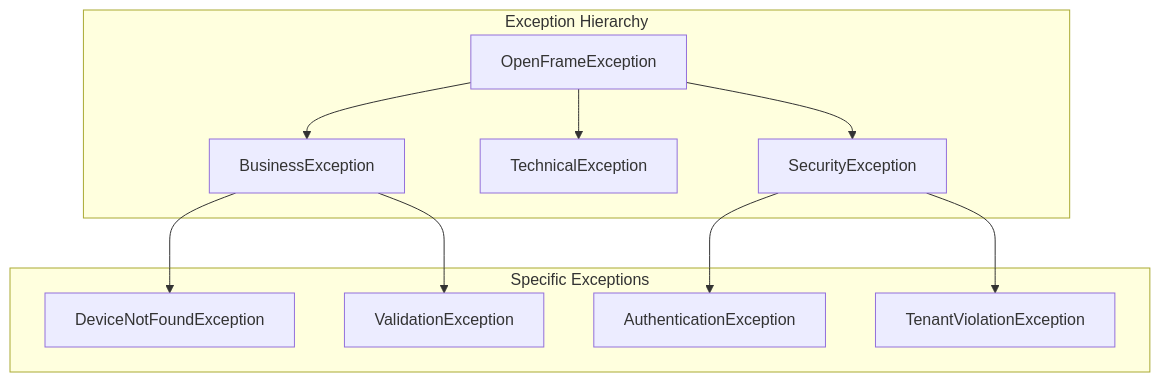
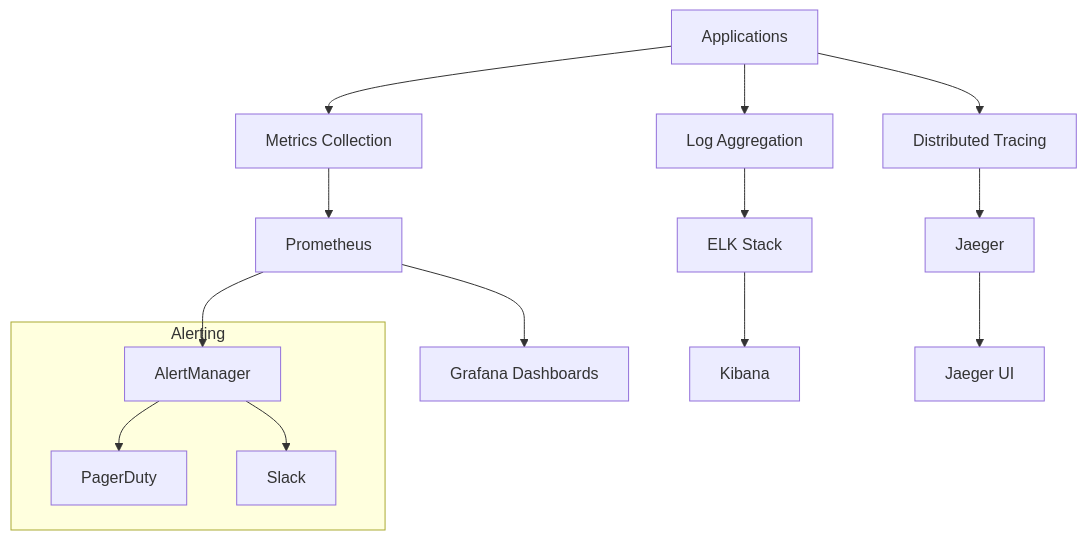
Before and after one commit to flamingo-stack/openframe-oss-lib: diagram 18 of 18 in docs/development/architecture/overview.md, drawn with Mermaid. The commit also changed other lines of this file and 12 other files, not shown here.

````diff
--- a/docs/development/architecture/overview.md
+++ b/docs/development/architecture/overview.md
@@ -743,25 +718,24 @@
 ```mermaid
-graph TB
-    subgraph "Exception Hierarchy"
-        BASE[OpenFrameException]
-        BUSINESS[BusinessException]
-        TECHNICAL[TechnicalException]
-        SECURITY[SecurityException]
+graph TD
+    APP[Applications] --> METRICS[Metrics Collection]
+    APP --> LOGS[Log Aggregation]
+    APP --> TRACES[Distributed Tracing]
+    
+    METRICS --> PROMETHEUS[Prometheus]
+    LOGS --> ELK[ELK Stack]
+    TRACES --> JAEGER[Jaeger]
+    
+    PROMETHEUS --> GRAFANA[Grafana Dashboards]
+    ELK --> KIBANA[Kibana]
+    JAEGER --> JAEGER_UI[Jaeger UI]
+    
+    subgraph "Alerting"
+        ALERT_MANAGER[AlertManager]
+        PAGERDUTY[PagerDuty]
+        SLACK[Slack]
     end
     
-    subgraph "Specific Exceptions"
-        NOT_FOUND[DeviceNotFoundException]
-        VALIDATION[ValidationException]
-        AUTH_FAILED[AuthenticationException]
-        TENANT_VIOLATION[TenantViolationException]
-    end
-    
-    BASE --> BUSINESS
-    BASE --> TECHNICAL
-    BASE --> SECURITY
-    
-    BUSINESS --> NOT_FOUND
-    BUSINESS --> VALIDATION
-    SECURITY --> AUTH_FAILED
-    SECURITY --> TENANT_VIOLATION
+    PROMETHEUS --> ALERT_MANAGER
+    ALERT_MANAGER --> PAGERDUTY
+    ALERT_MANAGER --> SLACK
 ```
````
